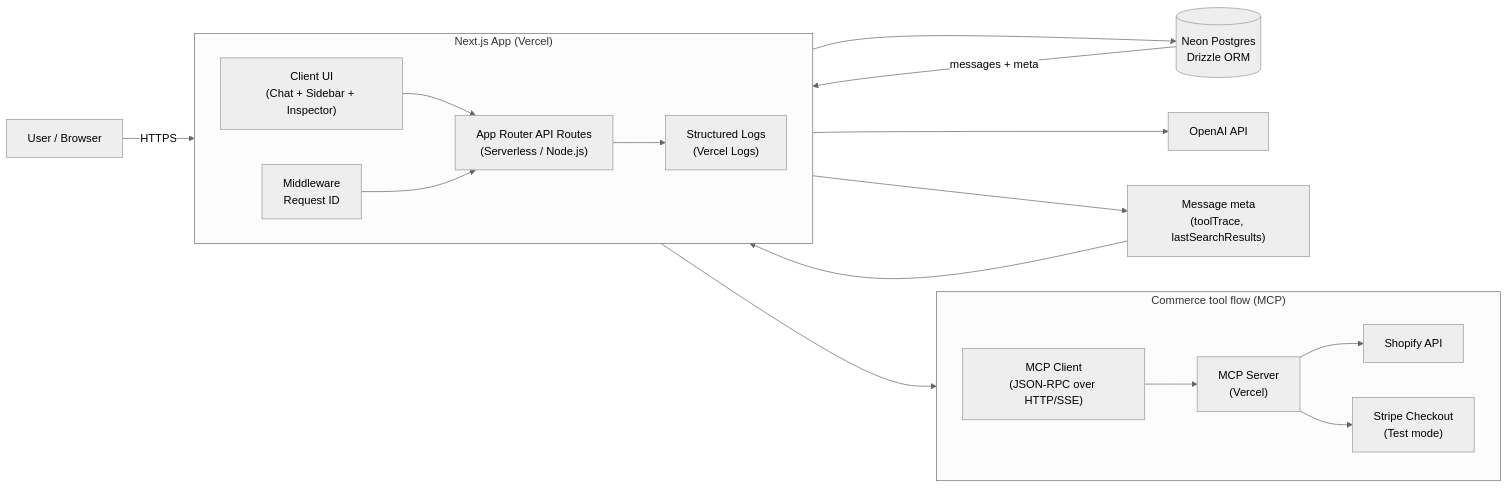
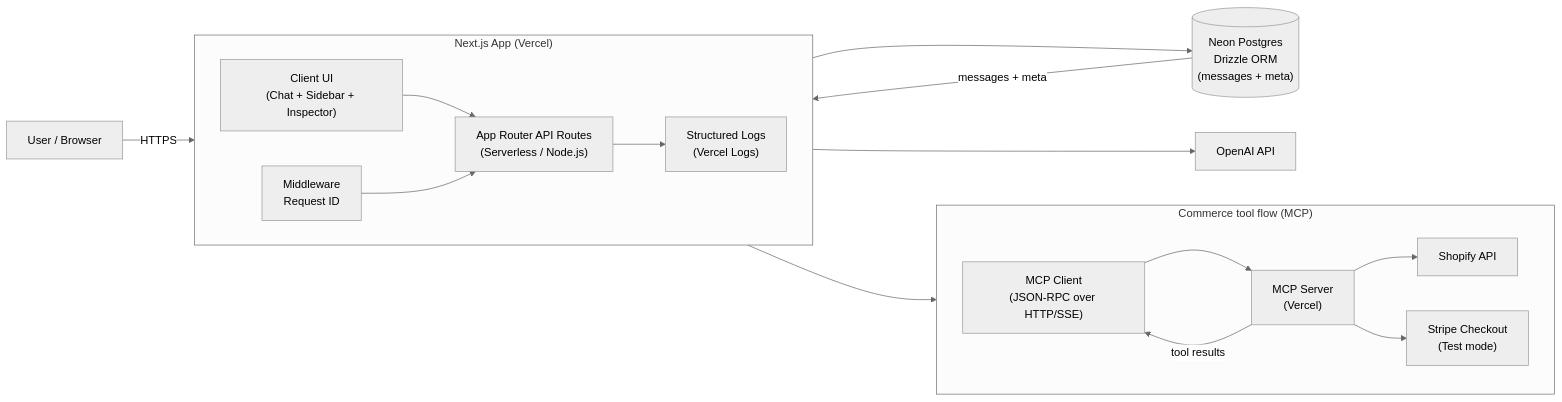
The diagram in README.md (nickcarndt/chatbot-with-memory), drawn with Mermaid (neutral theme) before and after one commit.

Commit message:
docs: simplify architecture diagram (messages+meta via DB)

````diff
--- a/README.md
+++ b/README.md
@@ -68,26 +68,25 @@
 ```mermaid
 flowchart LR
   U[User / Browser] -->|HTTPS| UI
 
   subgraph UI["Next.js App (Vercel)"]
     direction LR
     C["Client UI<br/>(Chat + Sidebar + Inspector)"] --> API["App Router API Routes<br/>(Serverless / Node.js)"]
     MW["Middleware<br/>Request ID"] --> API
     API --> LOGS["Structured Logs<br/>(Vercel Logs)"]
   end
 
-  API --> DB[("Neon Postgres<br/>Drizzle ORM")]
+  API --> DB[("Neon Postgres<br/>Drizzle ORM<br/>(messages + meta)")]
   API --> LLM["OpenAI API"]
 
   subgraph MCPFLOW["Commerce tool flow (MCP)"]
     direction LR
     API --> MCPCLIENT["MCP Client<br/>(JSON-RPC over HTTP/SSE)"]
     MCPCLIENT --> MCPSERVER["MCP Server<br/>(Vercel)"]
     MCPSERVER --> SHOPIFY["Shopify API"]
     MCPSERVER --> STRIPE["Stripe Checkout<br/>(Test mode)"]
+    MCPSERVER -->|tool results| MCPCLIENT
   end
 
-  API --> TRACE["Message meta<br/>(toolTrace, lastSearchResults)"]
-  TRACE --> C
   DB -->|messages + meta| C
 ```
````
